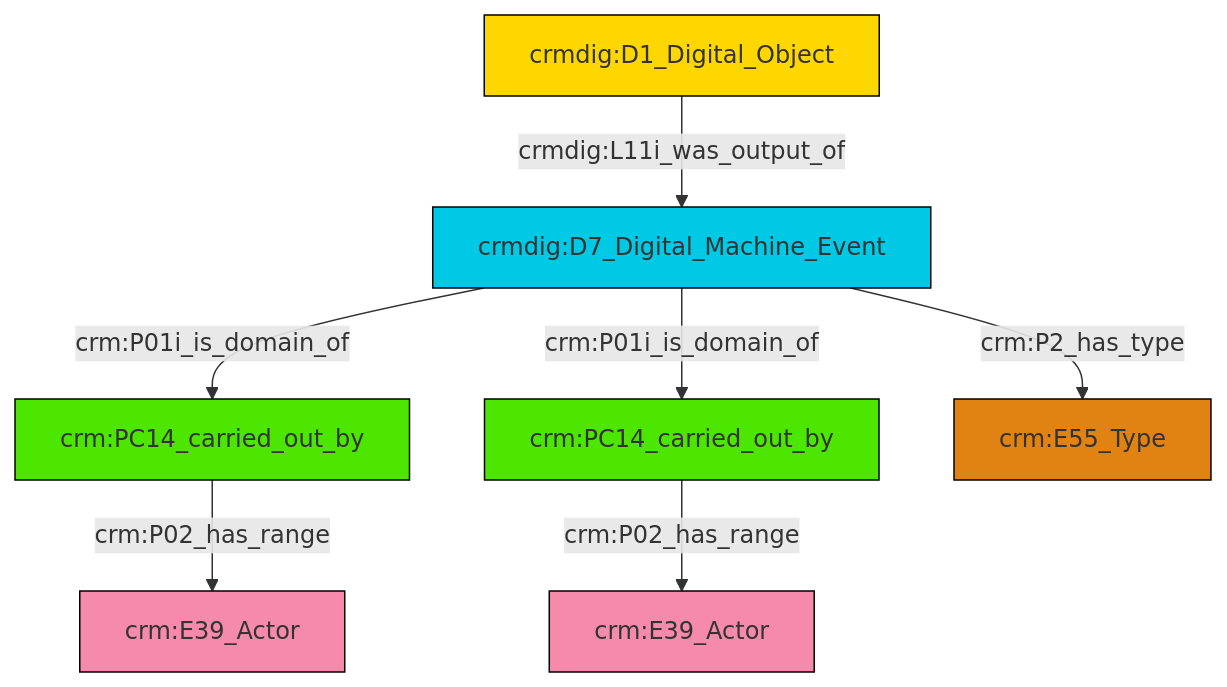
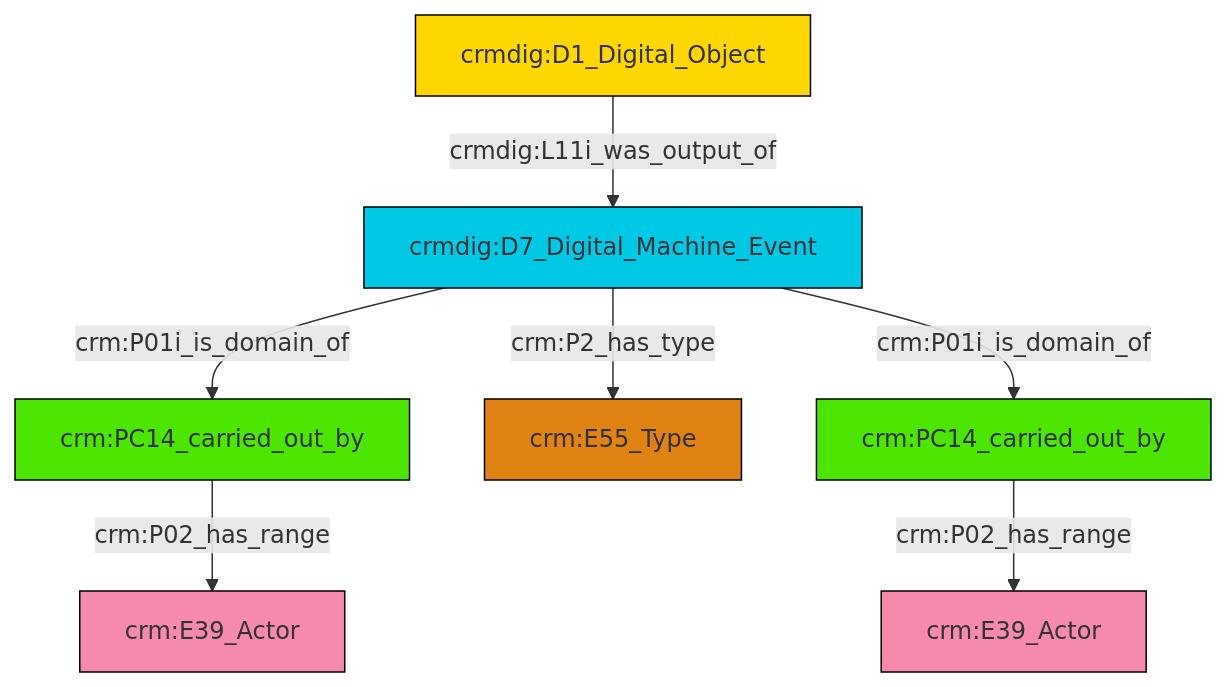
Before and after one commit to swiss-art-research-net/reference-data-models: the diagram in et/doCSV/ttl/mmd/do_actor_relations.ttl.mmd, drawn with Mermaid. The commit also changed 126 other files, not shown here.

```diff
--- a/et/doCSV/ttl/mmd/do_actor_relations.ttl.mmd
+++ b/et/doCSV/ttl/mmd/do_actor_relations.ttl.mmd
@@ -1,21 +1,21 @@
 graph TD
 classDef Literal fill:#f2f2f2,stroke:#000000;
 classDef CRM_Entity fill:#FFFFFF,stroke:#000000;
 classDef Temporal_Entity fill:#00C9E6, stroke:#000000;
 classDef Type fill:#E18312, stroke:#000000;
 classDef Time-Span fill:#2C9C91, stroke:#000000;
 classDef Appellation fill:#FFEB7F, stroke:#000000;
 classDef Place fill:#008836, stroke:#000000;
 classDef Persistent_Item fill:#B266B2, stroke:#000000;
 classDef Conceptual_Object fill:#FFD700, stroke:#000000;
 classDef Physical_Thing fill:#D2B48C, stroke:#000000;
 classDef Actor fill:#f58aad, stroke:#000000;
 classDef PC_Classes fill:#4ce600, stroke:#000000;
 classDef Multi fill:#cccccc,stroke:#000000;
 
-2["crm:PC14_carried_out_by"]:::PC_Classes -->|crm:P02_has_range| 3["crm:E39_Actor"]:::Actor
-4["crmdig:D7_Digital_Machine_Event"]:::Temporal_Entity -->|crm:P01i_is_domain_of| 2["crm:PC14_carried_out_by"]:::PC_Classes
-4["crmdig:D7_Digital_Machine_Event"]:::Temporal_Entity -->|crm:P01i_is_domain_of| 6["crm:PC14_carried_out_by"]:::PC_Classes
-6["crm:PC14_carried_out_by"]:::PC_Classes -->|crm:P02_has_range| 0["crm:E39_Actor"]:::Actor
-4["crmdig:D7_Digital_Machine_Event"]:::Temporal_Entity -->|crm:P2_has_type| 9["crm:E55_Type"]:::Type
-7["crmdig:D1_Digital_Object"]:::Conceptual_Object -->|crmdig:L11i_was_output_of| 4["crmdig:D7_Digital_Machine_Event"]:::Temporal_Entity
+0["crmdig:D7_Digital_Machine_Event"]:::Temporal_Entity -->|crm:P01i_is_domain_of| 1["crm:PC14_carried_out_by"]:::PC_Classes
+2["crmdig:D1_Digital_Object"]:::Conceptual_Object -->|crmdig:L11i_was_output_of| 0["crmdig:D7_Digital_Machine_Event"]:::Temporal_Entity
+0["crmdig:D7_Digital_Machine_Event"]:::Temporal_Entity -->|crm:P2_has_type| 3["crm:E55_Type"]:::Type
+1["crm:PC14_carried_out_by"]:::PC_Classes -->|crm:P02_has_range| 4["crm:E39_Actor"]:::Actor
+0["crmdig:D7_Digital_Machine_Event"]:::Temporal_Entity -->|crm:P01i_is_domain_of| 8["crm:PC14_carried_out_by"]:::PC_Classes
+8["crm:PC14_carried_out_by"]:::PC_Classes -->|crm:P02_has_range| 12["crm:E39_Actor"]:::Actor
```
